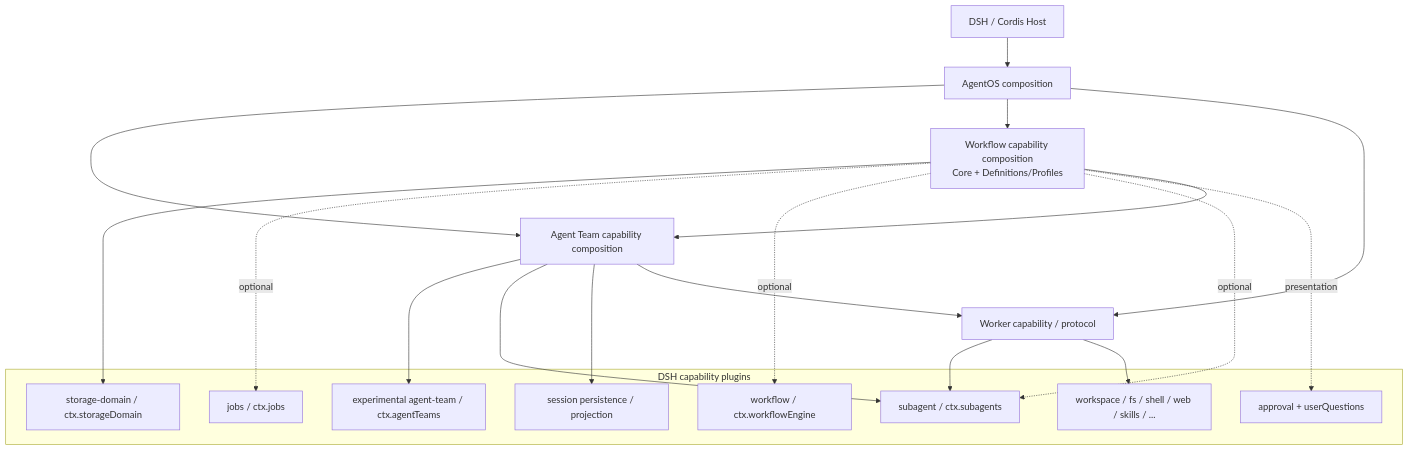
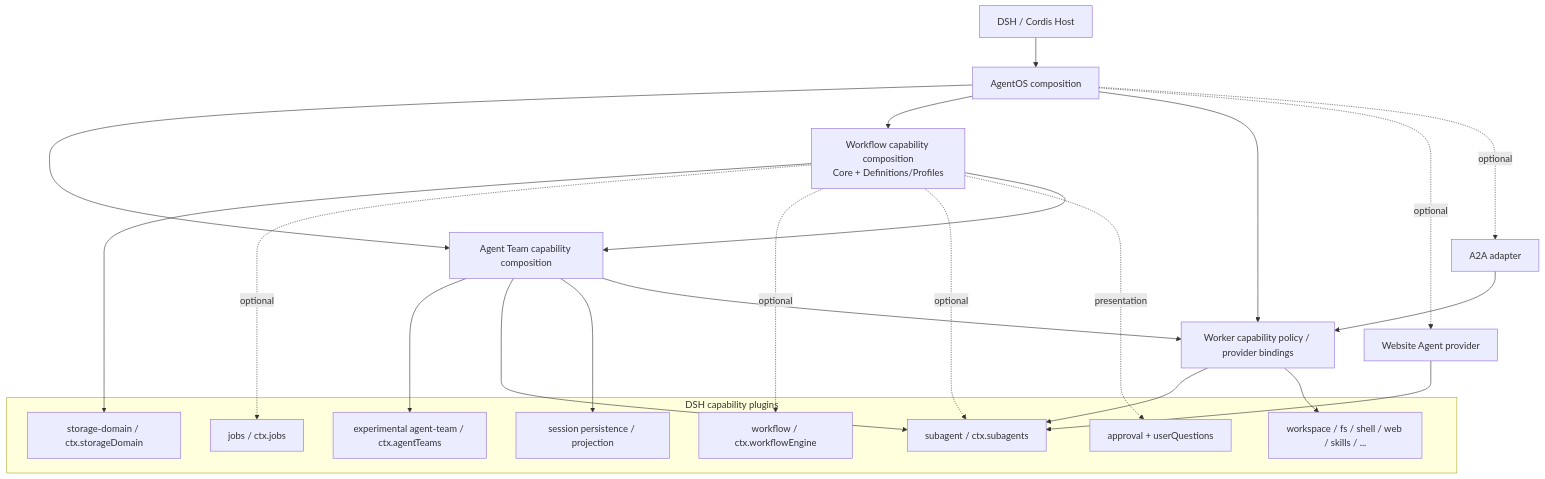
Before and after one commit to tsuuanmi/AgentOS: the diagram in docs/architecture/plugins/agentos/README.md, drawn with Mermaid. The commit also changed other lines of this file, not shown here.

Commit message:
docs: minimize AgentOS-owned semantics and enumerate plugin roles

```diff
--- a/docs/architecture/plugins/agentos/README.md
+++ b/docs/architecture/plugins/agentos/README.md
@@ -13,40 +13,46 @@
 ~~~mermaid
 flowchart TB
     Host[DSH / Cordis Host]
     AgentOS[AgentOS composition]
 
     Team[Agent Team capability composition]
     Workflow[Workflow capability composition\nCore + Definitions/Profiles]
-    Worker[Worker capability / protocol]
+    Worker[Worker capability policy / provider bindings]
+    Website[Website Agent provider]
+    A2A[A2A adapter]
 
     Host --> AgentOS
     AgentOS --> Team
     AgentOS --> Workflow
     AgentOS --> Worker
+    AgentOS -. optional .-> Website
+    AgentOS -. optional .-> A2A
 
     subgraph DSH["DSH capability plugins"]
         AT[experimental agent-team / ctx.agentTeams]
         Sub[subagent / ctx.subagents]
         Store[storage-domain / ctx.storageDomain]
         Jobs[jobs / ctx.jobs]
         Wf[workflow / ctx.workflowEngine]
         Int[approval + userQuestions]
         Session[session persistence / projection]
         Tools[workspace / fs / shell / web / skills / ...]
     end
 
     Team --> AT
     Team --> Sub
     Team --> Session
     Team --> Worker
 
     Workflow --> Store
     Workflow -. optional .-> Jobs
     Workflow -. optional .-> Wf
     Workflow -. optional .-> Sub
     Workflow -. presentation .-> Int
     Workflow --> Team
 
     Worker --> Sub
     Worker --> Tools
+    Website --> Sub
+    A2A --> Worker
 ~~~
```
